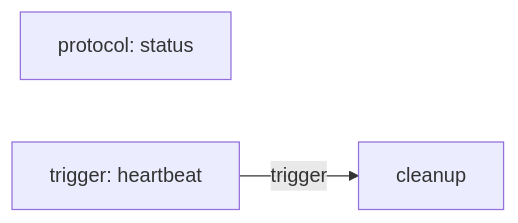
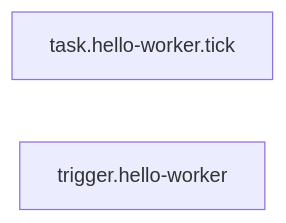
One commit to come25136/loutrejs changed the diagram in README.md. Above: the diagram before and after it, drawn with Mermaid. The commit also changed other lines of this file and 134 other files, not shown here.

Commit message:
refactor(core): remove legacy application architecture

````diff
--- a/README.md
+++ b/README.md
@@ -49,7 +52,5 @@
 ```mermaid
 flowchart LR
-  generated_task_cleanup["cleanup"]
-  generated_protocol_contract_1_status_http["protocol: status"]
-  generated_trigger_heartbeat["trigger: heartbeat"]
-  generated_trigger_heartbeat -->|"trigger"| generated_task_cleanup
+  n0["task.hello-worker.tick"]
+  n1["trigger.hello-worker"]
 ```
````
